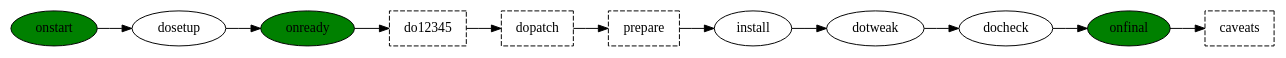
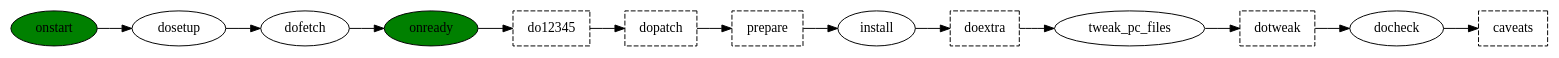
One commit to leleliu008/ndk-pkg changed the diagram in phases.dot. Above: the diagram before and after it, drawn with Graphviz. The commit also changed 28 other files, not shown here.

```diff
--- a/phases.dot
+++ b/phases.dot
@@ -1,14 +1,15 @@
 digraph {
     rankdir="LR"
 
-    onstart -> dosetup -> onready -> do12345 -> dopatch -> prepare -> install -> dotweak -> docheck -> onfinal -> caveats
+    onstart -> dosetup -> dofetch -> onready -> do12345 -> dopatch -> prepare -> install -> doextra -> tweak_pc_files -> dotweak -> docheck -> caveats
 
     onstart [fillcolor="green";style=filled]
     onready [fillcolor="green";style=filled]
-    onfinal [fillcolor="green";style=filled]
 
     do12345 [shape="box"; style="dashed"];
     dopatch [shape="box"; style="dashed"];
     prepare [shape="box"; style="dashed"];
+    doextra [shape="box"; style="dashed"];
+    dotweak [shape="box"; style="dashed"];
     caveats [shape="box"; style="dashed"];
 }
```
